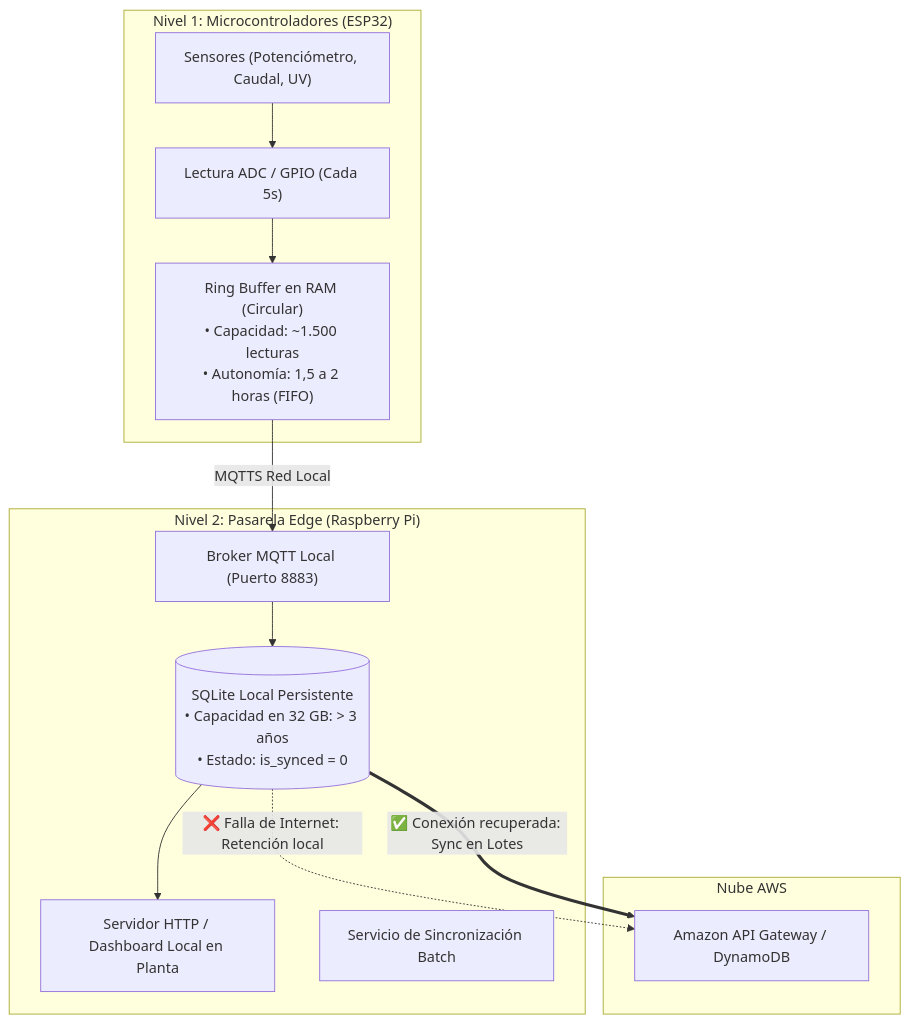
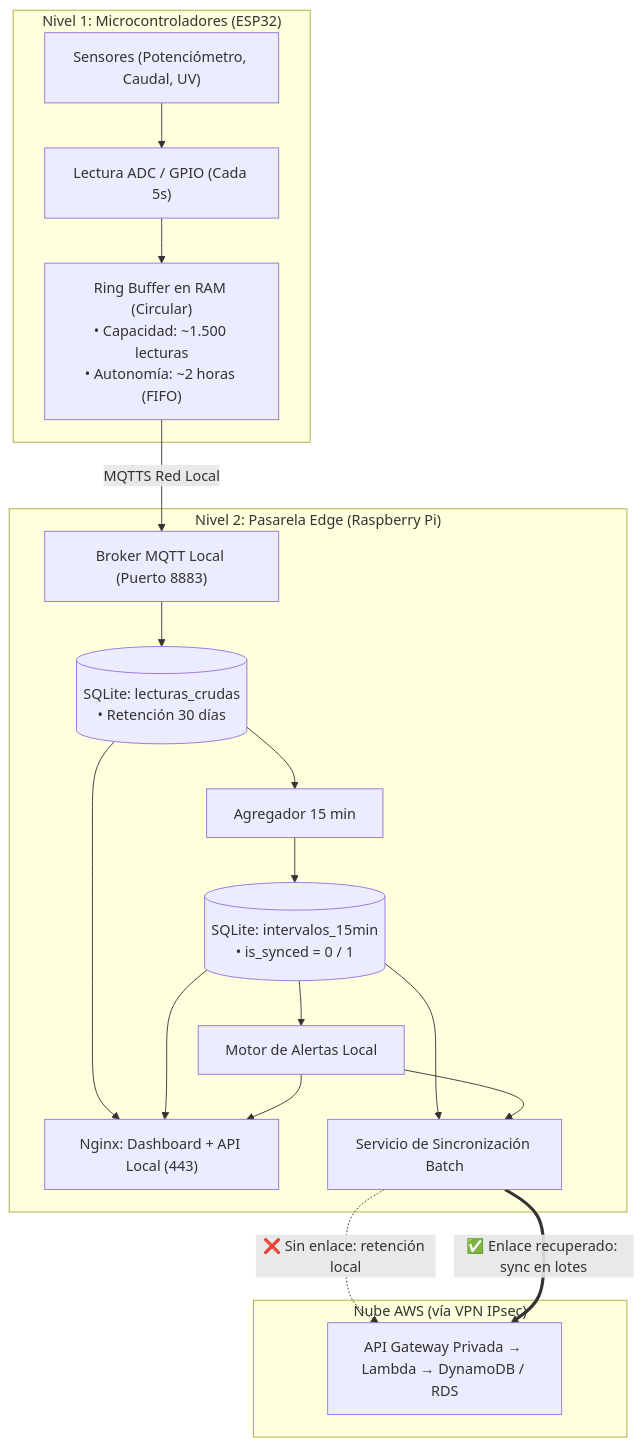
The diagram in docs/modo-offline.md (Aburahamu20/Induplac), drawn with Mermaid before and after one commit. The commit also changed other lines of this file and 2 other files, not shown here.

````diff
--- a/docs/modo-offline.md
+++ b/docs/modo-offline.md
@@ -23,25 +23,34 @@
 ```mermaid
 flowchart TD
     subgraph TIER1["Nivel 1: Microcontroladores (ESP32)"]
         Sensors["Sensores (Potenciómetro, Caudal, UV)"] --> ADC["Lectura ADC / GPIO (Cada 5s)"]
-        ADC --> RingBuf["Ring Buffer en RAM (Circular)<br/>• Capacidad: ~1.500 lecturas<br/>• Autonomía: 1,5 a 2 horas (FIFO)"]
+        ADC --> RingBuf["Ring Buffer en RAM (Circular)<br/>• Capacidad: ~1.500 lecturas<br/>• Autonomía: ~2 horas (FIFO)"]
     end
 
     subgraph TIER2["Nivel 2: Pasarela Edge (Raspberry Pi)"]
         BrokerLocal["Broker MQTT Local (Puerto 8883)"]
-        SQLiteLocal[("SQLite Local Persistente<br/>• Capacidad en 32 GB: > 3 años<br/>• Estado: is_synced = 0")]
-        ServerLocal["Servidor HTTP / Dashboard Local en Planta"]
+        Crudo[("SQLite: lecturas_crudas<br/>• Retención 30 días")]
+        Agregador["Agregador 15 min"]
+        Intervalos[("SQLite: intervalos_15min<br/>• is_synced = 0 / 1")]
+        Alertas["Motor de Alertas Local"]
+        ServerLocal["Nginx: Dashboard + API Local (443)"]
         SyncService["Servicio de Sincronización Batch"]
     end
 
-    subgraph CLOUD["Nube AWS"]
-        AWS_GW["Amazon API Gateway / DynamoDB"]
+    subgraph CLOUD["Nube AWS (vía VPN IPsec)"]
+        AWS_GW["API Gateway Privada → Lambda → DynamoDB / RDS"]
     end
 
     RingBuf -->|MQTTS Red Local| BrokerLocal
-    BrokerLocal --> SQLiteLocal
-    SQLiteLocal --> ServerLocal
+    BrokerLocal --> Crudo
+    Crudo --> Agregador --> Intervalos
+    Intervalos --> Alertas
+    Crudo --> ServerLocal
+    Intervalos --> ServerLocal
+    Alertas --> ServerLocal
+    Intervalos --> SyncService
+    Alertas --> SyncService
 
-    SQLiteLocal -.->|❌ Falla de Internet: Retención local| AWS_GW
-    SQLiteLocal ==>|✅ Conexión recuperada: Sync en Lotes| AWS_GW
+    SyncService -.->|❌ Sin enlace: retención local| AWS_GW
+    SyncService ==>|✅ Enlace recuperado: sync en lotes| AWS_GW
 ```
````
